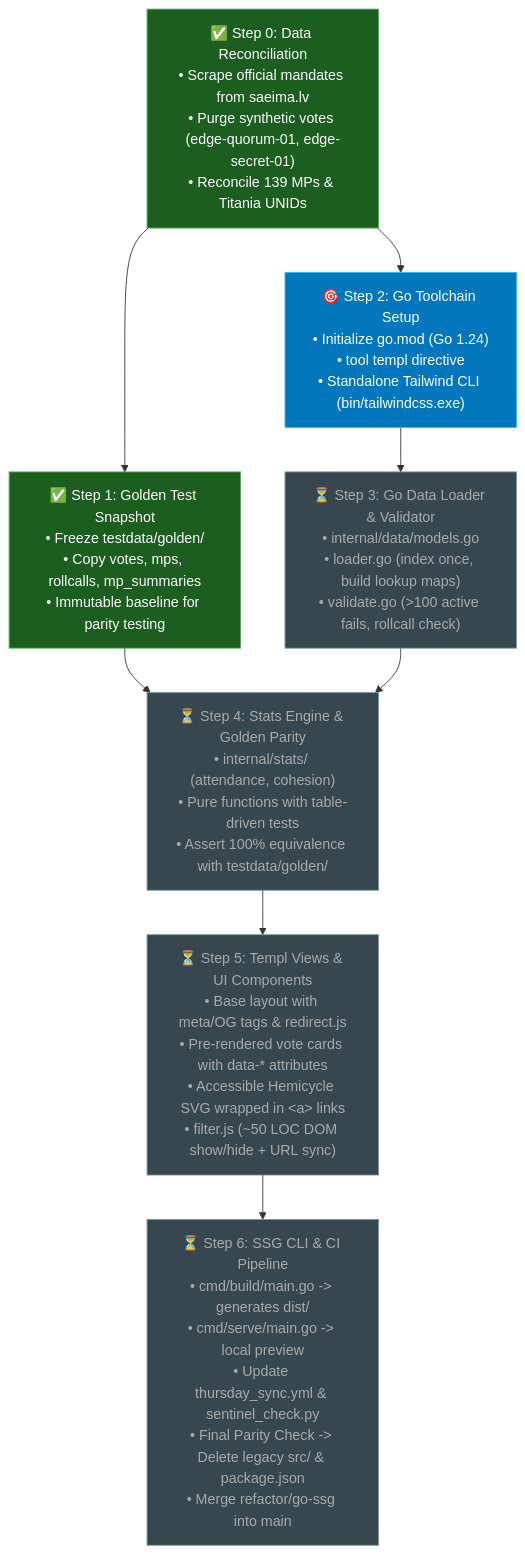
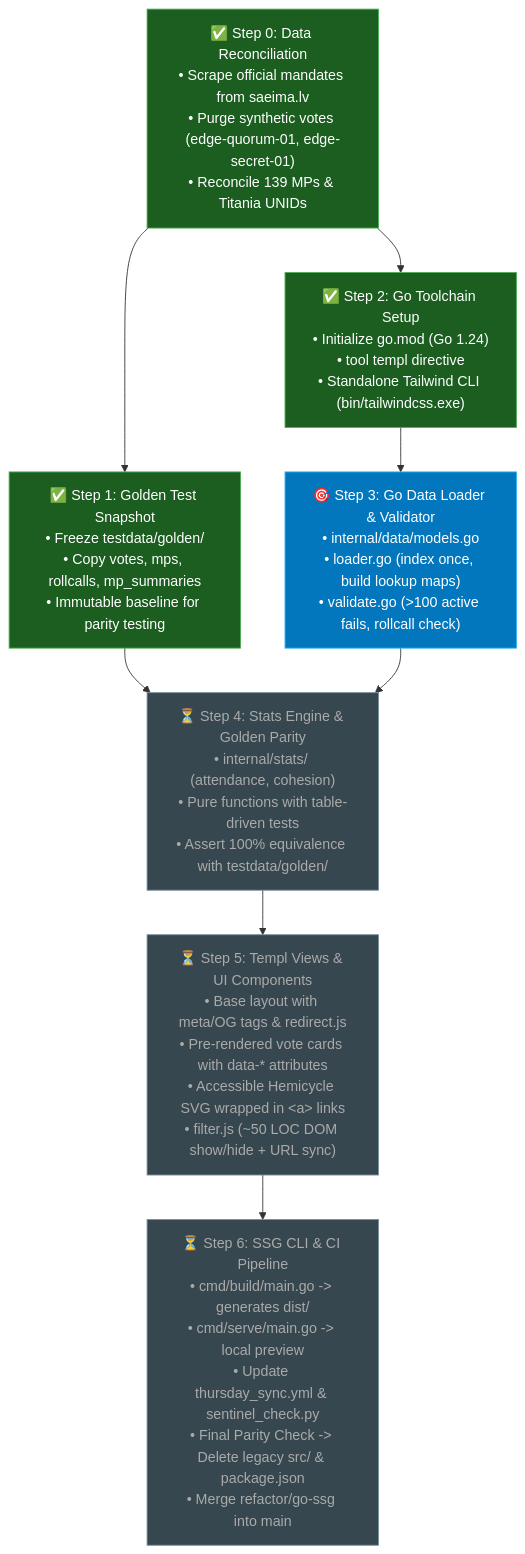
The diagram in REFACTOR_TREE.md (FisersDavis/kabalsosaeima), drawn with Mermaid before and after one commit. The commit also changed other lines of this file and 4 other files, not shown here.

Commit message:
chore: setup Go toolchain, templ tool directive, and Tailwind CLI

````diff
--- a/REFACTOR_TREE.md
+++ b/REFACTOR_TREE.md
@@ -10,28 +10,28 @@
 ```mermaid
 graph TD
     classDef done fill:#1b5e20,stroke:#4caf50,color:#fff;
     classDef ready fill:#0277bd,stroke:#29b6f6,color:#fff;
     classDef blocked fill:#37474f,stroke:#78909c,color:#aaa;
 
     Node0["✅ Step 0: Data Reconciliation<br/>• Scrape official mandates from saeima.lv<br/>• Purge synthetic votes (edge-quorum-01, edge-secret-01)<br/>• Reconcile 139 MPs & Titania UNIDs"]:::done
     
     Node1["✅ Step 1: Golden Test Snapshot<br/>• Freeze testdata/golden/<br/>• Copy votes, mps, rollcalls, mp_summaries<br/>• Immutable baseline for parity testing"]:::done
     
-    Node2["🎯 Step 2: Go Toolchain Setup<br/>• Initialize go.mod (Go 1.24)<br/>• tool templ directive<br/>• Standalone Tailwind CLI (bin/tailwindcss.exe)"]:::ready
+    Node2["✅ Step 2: Go Toolchain Setup<br/>• Initialize go.mod (Go 1.24)<br/>• tool templ directive<br/>• Standalone Tailwind CLI (bin/tailwindcss.exe)"]:::done
 
-    Node3["⏳ Step 3: Go Data Loader & Validator<br/>• internal/data/models.go<br/>• loader.go (index once, build lookup maps)<br/>• validate.go (>100 active fails, rollcall check)"]:::blocked
+    Node3["🎯 Step 3: Go Data Loader & Validator<br/>• internal/data/models.go<br/>• loader.go (index once, build lookup maps)<br/>• validate.go (>100 active fails, rollcall check)"]:::ready
 
     Node4["⏳ Step 4: Stats Engine & Golden Parity<br/>• internal/stats/ (attendance, cohesion)<br/>• Pure functions with table-driven tests<br/>• Assert 100% equivalence with testdata/golden/"]:::blocked
 
     Node5["⏳ Step 5: Templ Views & UI Components<br/>• Base layout with meta/OG tags & redirect.js<br/>• Pre-rendered vote cards with data-* attributes<br/>• Accessible Hemicycle SVG wrapped in &lt;a&gt; links<br/>• filter.js (~50 LOC DOM show/hide + URL sync)"]:::blocked
 
     Node6["⏳ Step 6: SSG CLI & CI Pipeline<br/>• cmd/build/main.go -> generates dist/<br/>• cmd/serve/main.go -> local preview<br/>• Update thursday_sync.yml & sentinel_check.py<br/>• Final Parity Check -> Delete legacy src/ & package.json<br/>• Merge refactor/go-ssg into main"]:::blocked
 
     Node0 --> Node1
     Node0 --> Node2
     Node1 --> Node4
     Node2 --> Node3
     Node3 --> Node4
     Node4 --> Node5
     Node5 --> Node6
 ```
````
